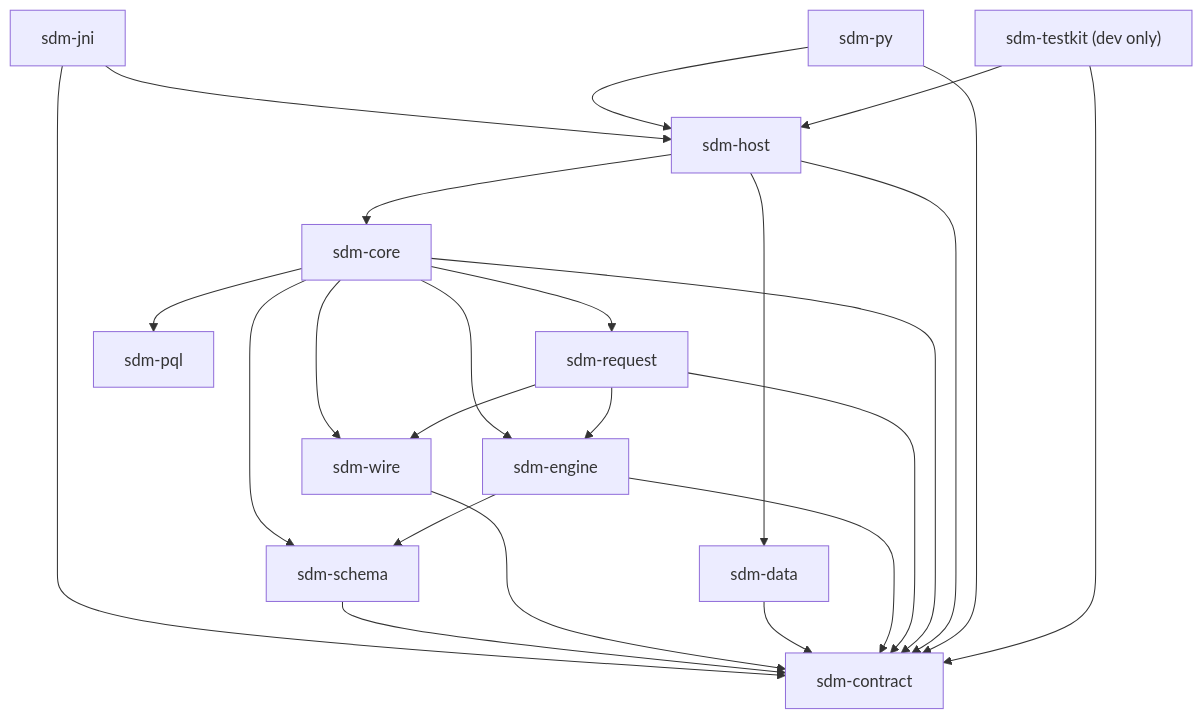
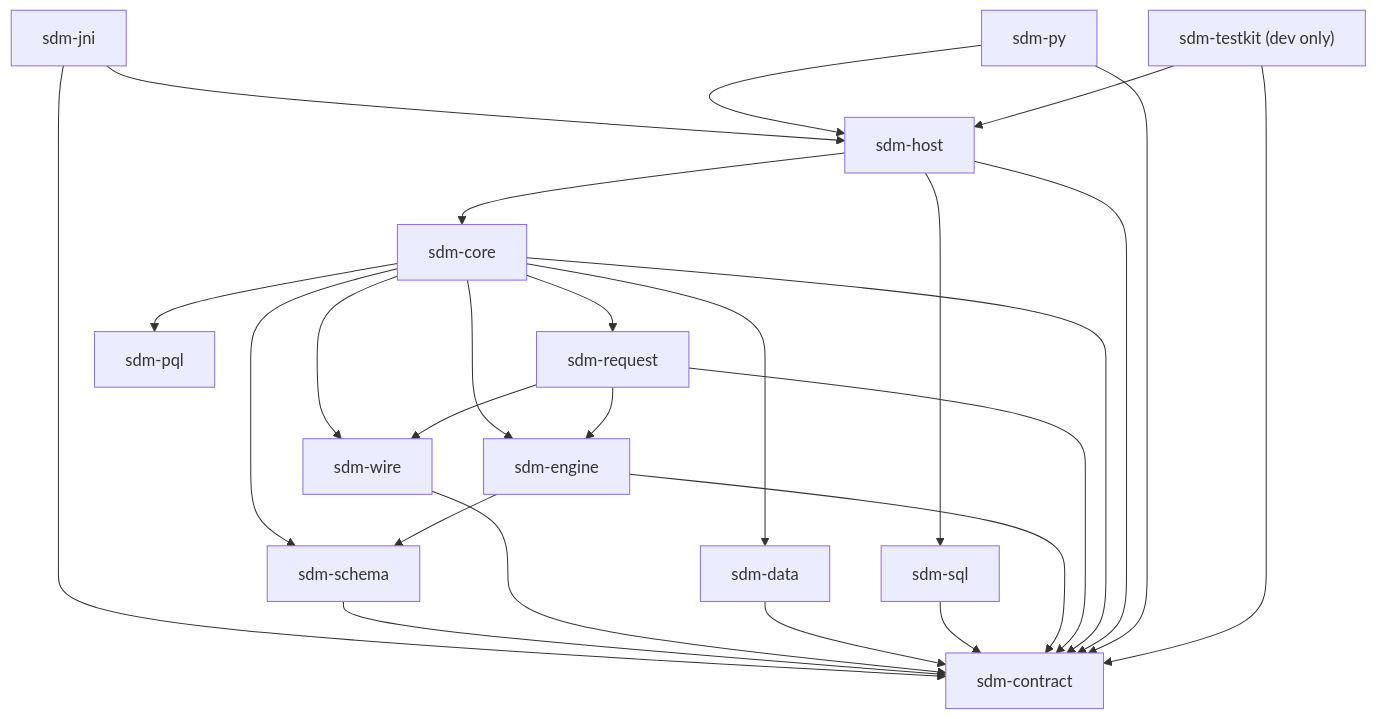
The diagram in rust/README.md (NVIDIA/structured-data-models-client), drawn with Mermaid before and after one commit. The commit also changed other lines of this file and 471 other files, not shown here.

````diff
--- a/rust/README.md
+++ b/rust/README.md
@@ -38,26 +39,28 @@
 ```mermaid
 flowchart TD
     sdm_jni["sdm-jni"] --> sdm_host
     sdm_jni --> sdm_contract
     sdm_py["sdm-py"] --> sdm_host["sdm-host"]
     sdm_testkit["sdm-testkit (dev only)"] --> sdm_host
     sdm_host --> sdm_core["sdm-core"]
-    sdm_host --> sdm_data["sdm-data"]
+    sdm_host --> sdm_sql["sdm-sql"]
+    sdm_core --> sdm_data["sdm-data"]
     sdm_core --> sdm_request["sdm-request"]
     sdm_core --> sdm_engine["sdm-engine"]
     sdm_core --> sdm_schema["sdm-schema"]
     sdm_core --> sdm_wire["sdm-wire"]
     sdm_core --> sdm_pql["sdm-pql"]
     sdm_request --> sdm_engine
     sdm_request --> sdm_wire
     sdm_engine --> sdm_schema
     sdm_schema --> sdm_contract["sdm-contract"]
     sdm_wire --> sdm_contract
     sdm_data --> sdm_contract
+    sdm_sql --> sdm_contract
     sdm_engine --> sdm_contract
     sdm_request --> sdm_contract
     sdm_core --> sdm_contract
     sdm_host --> sdm_contract
     sdm_py --> sdm_contract
     sdm_testkit --> sdm_contract
 ```
````
